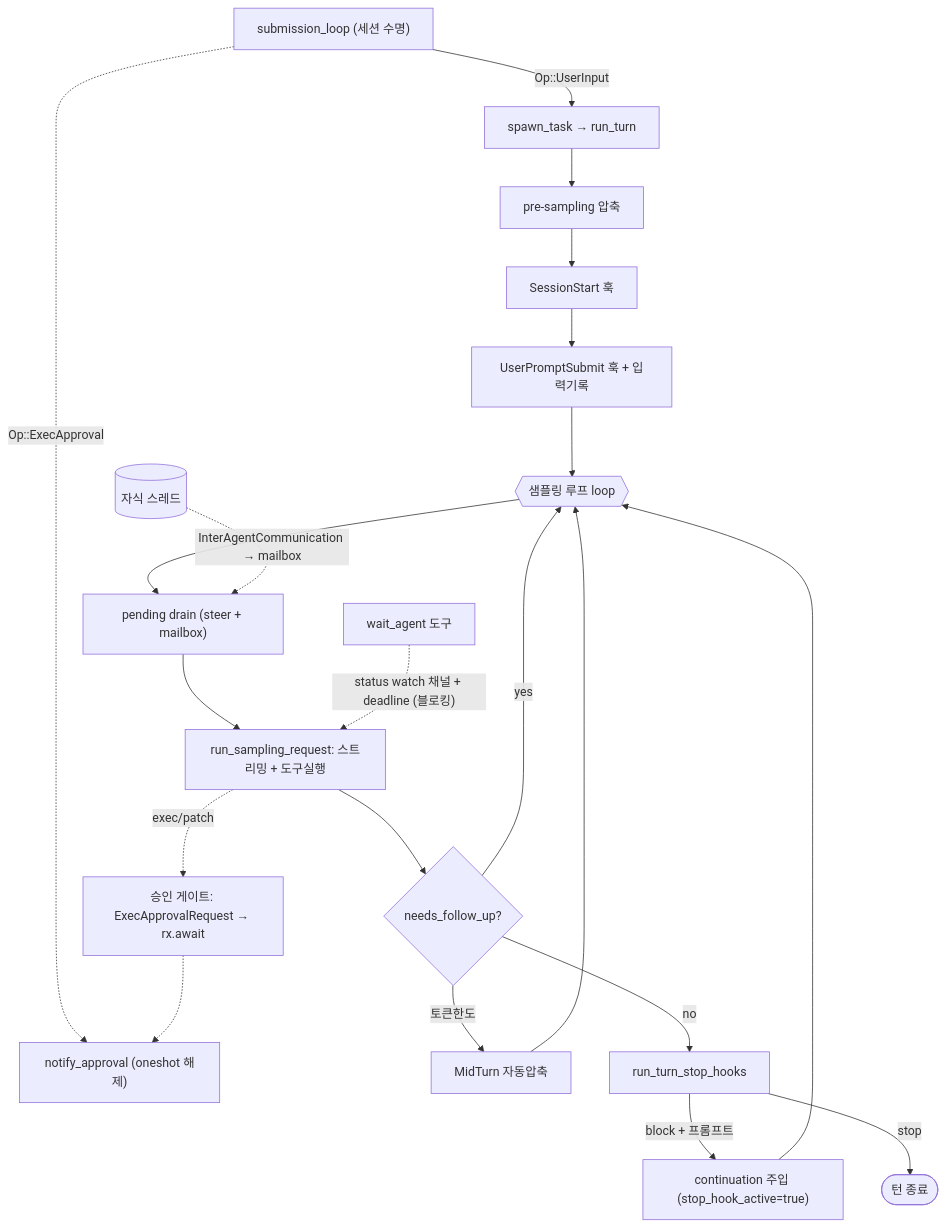
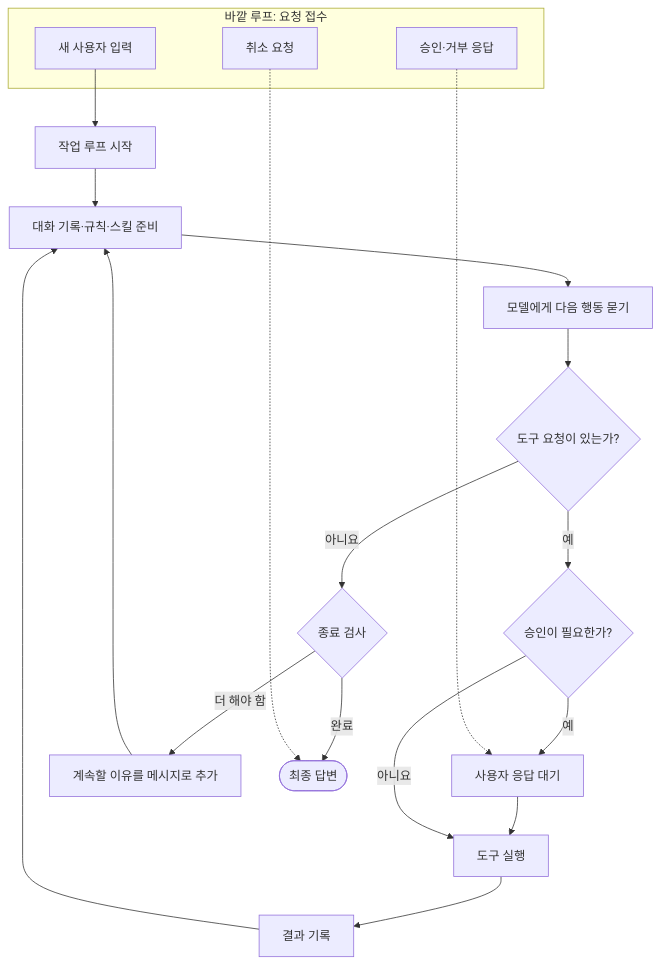
One commit to hikaMaeng/agentreport changed the first of 3 diagrams in turnloop/codex.md. Above: the diagram before and after it, drawn with Mermaid. The commit also changed other lines of this file and 6 other files, not shown here.

````diff
--- a/turnloop/codex.md
+++ b/turnloop/codex.md
@@ -161,22 +19,23 @@
 ```mermaid
 flowchart TD
-    Sub["submission_loop (세션 수명)"] -->|"Op::UserInput"| Spawn["spawn_task → run_turn"]
-    Sub -. "Op::ExecApproval" .-> Notify["notify_approval (oneshot 해제)"]
-    Spawn --> Pre["pre-sampling 압축"]
-    Pre --> SStart["SessionStart 훅"]
-    SStart --> UInput["UserPromptSubmit 훅 + 입력기록"]
-    UInput --> Loop{{"샘플링 루프 loop"}}
-    Loop --> Drain["pending drain (steer + mailbox)"]
-    Drain --> Sample["run_sampling_request: 스트리밍 + 도구실행"]
-    Sample -. "exec/patch" .-> Approve["승인 게이트: ExecApprovalRequest → rx.await"]
-    Approve -.-> Notify
-    Sample --> Judge{"needs_follow_up?"}
-    Judge -->|"토큰한도"| Compact["MidTurn 자동압축"] --> Loop
-    Judge -->|"yes"| Loop
-    Judge -->|"no"| Stop["run_turn_stop_hooks"]
-    Stop -->|"block + 프롬프트"| Inject["continuation 주입 (stop_hook_active=true)"] --> Loop
-    Stop -->|"stop"| End(["턴 종료"])
+    subgraph Reception["바깥 루프: 요청 접수"]
+        Input["새 사용자 입력"]
+        Approval["승인·거부 응답"]
+        Cancel["취소 요청"]
+    end
 
-    Wait["wait_agent 도구"] -. "status watch 채널 + deadline (블로킹)" .-> Sample
-    Child[("자식 스레드")] -. "InterAgentCommunication → mailbox" .-> Drain
+    Input --> Start["작업 루프 시작"]
+    Start --> Prepare["대화 기록·규칙·스킬 준비"]
+    Prepare --> Model["모델에게 다음 행동 묻기"]
+    Model --> Tool{"도구 요청이 있는가?"}
+    Tool -->|"예"| Gate{"승인이 필요한가?"}
+    Gate -->|"예"| Wait["사용자 응답 대기"]
+    Approval -.-> Wait
+    Wait --> Run["도구 실행"]
+    Gate -->|"아니요"| Run
+    Run --> Record["결과 기록"] --> Prepare
+    Tool -->|"아니요"| StopHook{"종료 검사"}
+    StopHook -->|"더 해야 함"| Continue["계속할 이유를 메시지로 추가"] --> Prepare
+    StopHook -->|"완료"| Done(["최종 답변"])
+    Cancel -.-> Done
 ```
````
